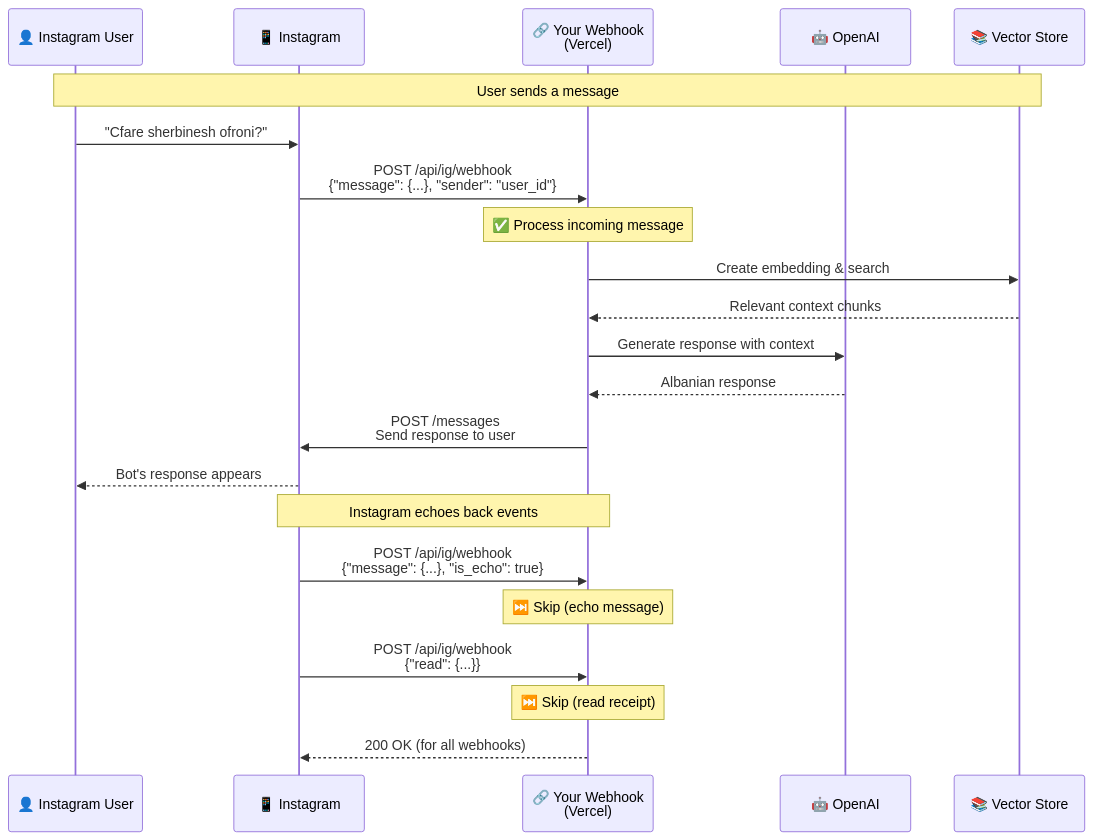
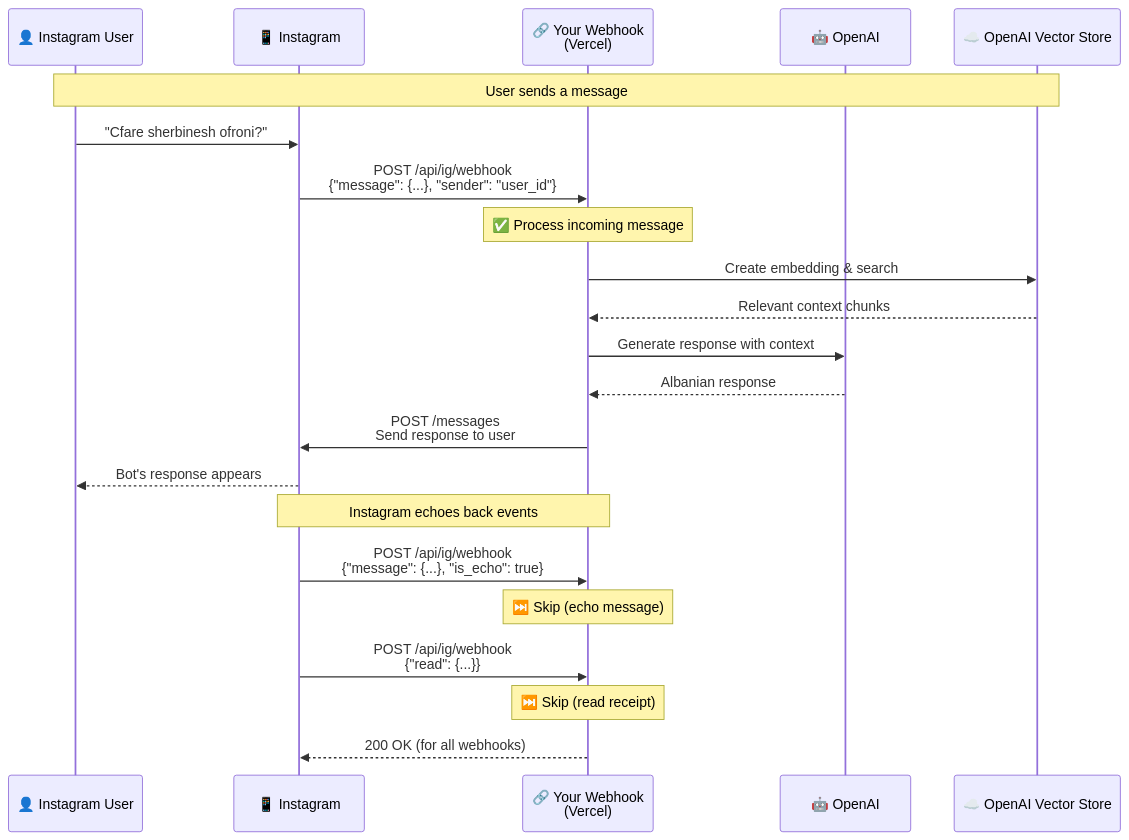
One commit to erindshkurti/printeriorai changed the first of 2 diagrams in docs/ARCHITECTURE.md. Above: the diagram before and after it, drawn with Mermaid. The commit also changed 1 other file, not shown here.

Commit message:
feat: Migrate RAG implementation from local embeddings to OpenAI Vector Store and update architecture documentation.

````diff
--- a/docs/ARCHITECTURE.md
+++ b/docs/ARCHITECTURE.md
@@ -7,33 +7,33 @@
 ```mermaid
 sequenceDiagram
     participant User as 👤 Instagram User
     participant IG as 📱 Instagram
     participant Webhook as 🔗 Your Webhook<br/>(Vercel)
     participant OpenAI as 🤖 OpenAI
-    participant VectorDB as 📚 Vector Store
+    participant VectorDB as ☁️ OpenAI Vector Store
 
     Note over User,VectorDB: User sends a message
 
     User->>IG: "Cfare sherbinesh ofroni?"
     IG->>Webhook: POST /api/ig/webhook<br/>{"message": {...}, "sender": "user_id"}
     
     Note over Webhook: ✅ Process incoming message
     
     Webhook->>VectorDB: Create embedding & search
     VectorDB-->>Webhook: Relevant context chunks
     Webhook->>OpenAI: Generate response with context
     OpenAI-->>Webhook: Albanian response
     
     Webhook->>IG: POST /messages<br/>Send response to user
     IG-->>User: Bot's response appears
     
     Note over IG,Webhook: Instagram echoes back events
 
     IG->>Webhook: POST /api/ig/webhook<br/>{"message": {...}, "is_echo": true}
     Note over Webhook: ⏭️ Skip (echo message)
     
     IG->>Webhook: POST /api/ig/webhook<br/>{"read": {...}}
     Note over Webhook: ⏭️ Skip (read receipt)
     
     Webhook-->>IG: 200 OK (for all webhooks)
 ```
````
